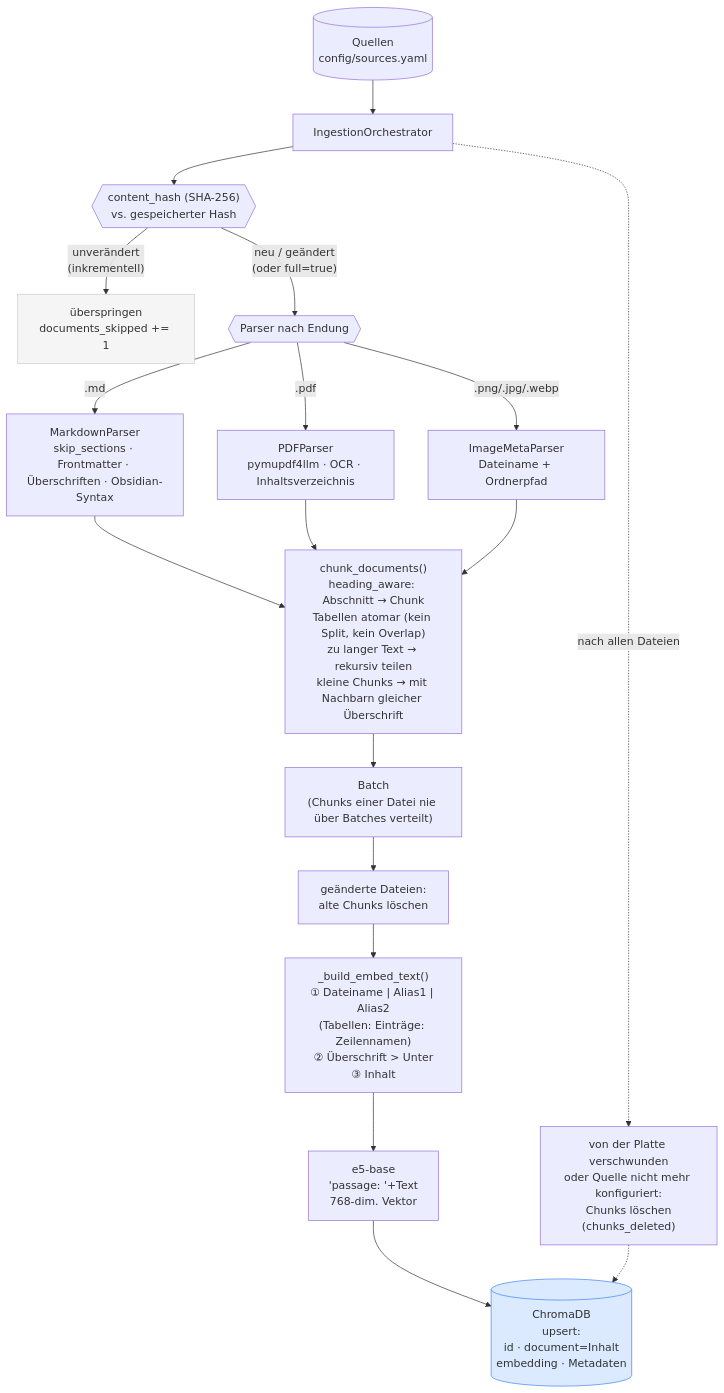
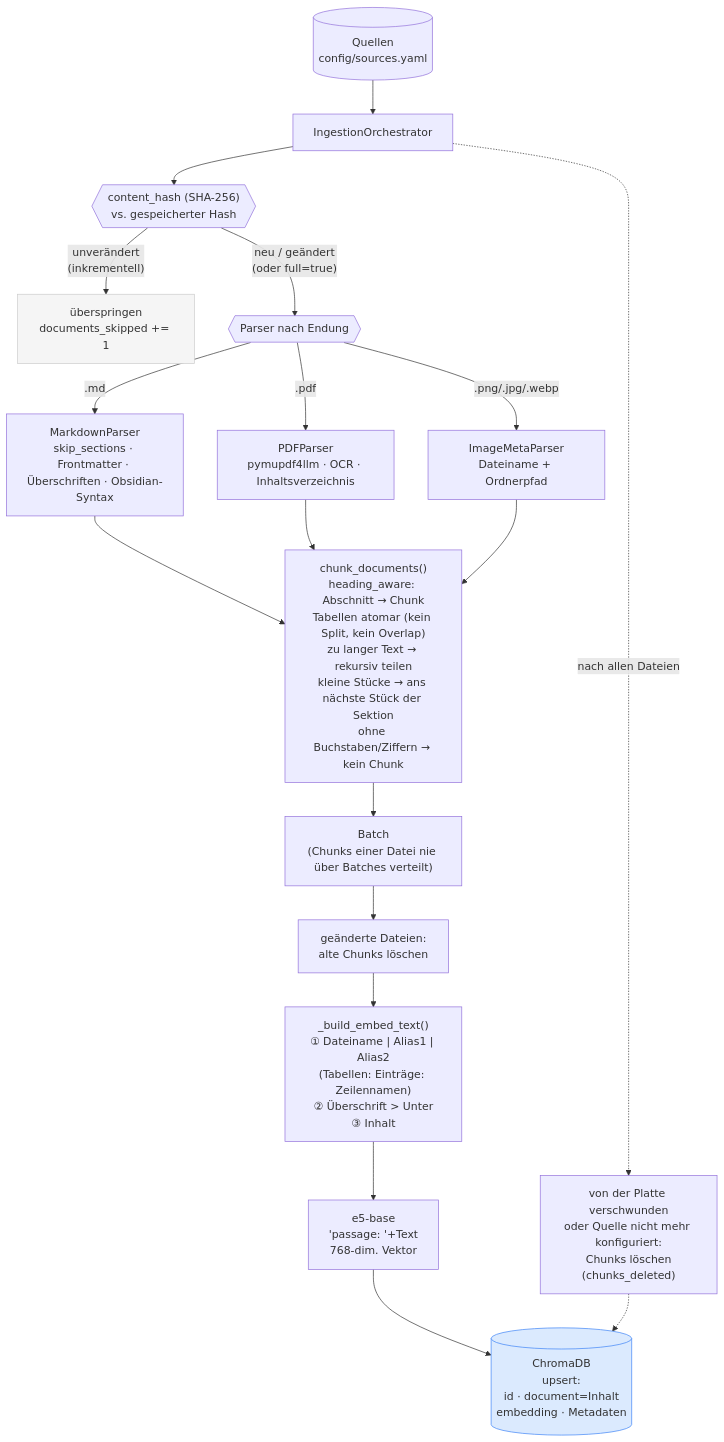
Before and after one commit to FabianHentrich/lorekeeper: the first of 5 diagrams in docs/data-flow.md, drawn with Mermaid. The commit also changed 16 other files, not shown here.

````diff
--- a/docs/data-flow.md
+++ b/docs/data-flow.md
@@ -19,35 +19,36 @@
 ```mermaid
 flowchart TD
     FS[("Quellen\nconfig/sources.yaml")] --> ORCH[IngestionOrchestrator]
 
     ORCH --> HASH{{"content_hash (SHA-256)\nvs. gespeicherter Hash"}}
 
     HASH -->|"unverändert\n(inkrementell)"| SKIP["überspringen\ndocuments_skipped += 1"]
     HASH -->|"neu / geändert\n(oder full=true)"| PARSE
 
     PARSE{{"Parser nach Endung"}}
     PARSE -->|".md"| MD[MarkdownParser\nskip_sections · Frontmatter · Überschriften · Obsidian-Syntax]
     PARSE -->|".pdf"| PDF[PDFParser\npymupdf4llm · OCR · Inhaltsverzeichnis]
     PARSE -->|".png/.jpg/.webp"| IMG[ImageMetaParser\nDateiname + Ordnerpfad]
 
     MD --> CHUNK
     PDF --> CHUNK
     IMG --> CHUNK
 
-    CHUNK["chunk_documents()\nheading_aware: Abschnitt → Chunk\nTabellen atomar (kein Split, kein Overlap)\nzu langer Text → rekursiv teilen\nkleine Chunks → mit Nachbarn gleicher Überschrift"]
+    CHUNK["chunk_documents()\nheading_aware: Abschnitt → Chunk\nTabellen atomar (kein Split, kein Overlap)\nzu langer Text → rekursiv teilen\nkleine Stücke → ans nächste Stück der Sektion
+ohne Buchstaben/Ziffern → kein Chunk"]
 
     CHUNK --> BATCH["Batch\n(Chunks einer Datei nie über Batches verteilt)"]
     BATCH --> DEL["geänderte Dateien:\nalte Chunks löschen"]
     DEL --> EMBED
 
     EMBED["_build_embed_text()\n① Dateiname | Alias1 | Alias2\n(Tabellen: Einträge: Zeilennamen)\n② Überschrift > Unter\n③ Inhalt"]
 
     EMBED --> E5["e5-base\n'passage: '+Text\n768-dim. Vektor"]
     E5 --> CHROMA[("ChromaDB\nupsert:\nid · document=Inhalt\nembedding · Metadaten")]
 
     ORCH -.->|"nach allen Dateien"| ORPHAN["von der Platte verschwunden\noder Quelle nicht mehr konfiguriert:\nChunks löschen\n(chunks_deleted)"]
     ORPHAN -.-> CHROMA
 
     style SKIP fill:#f5f5f5,stroke:#ccc
     style CHROMA fill:#dbeafe,stroke:#3b82f6
 ```
````
